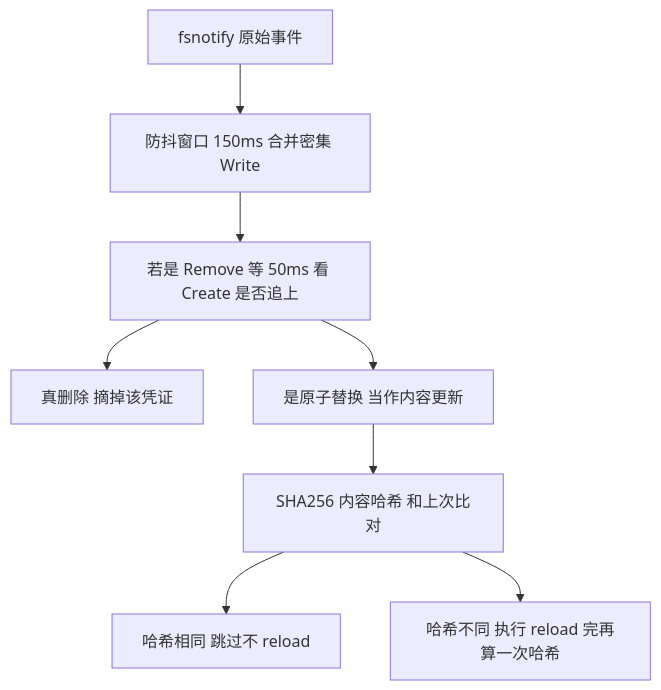
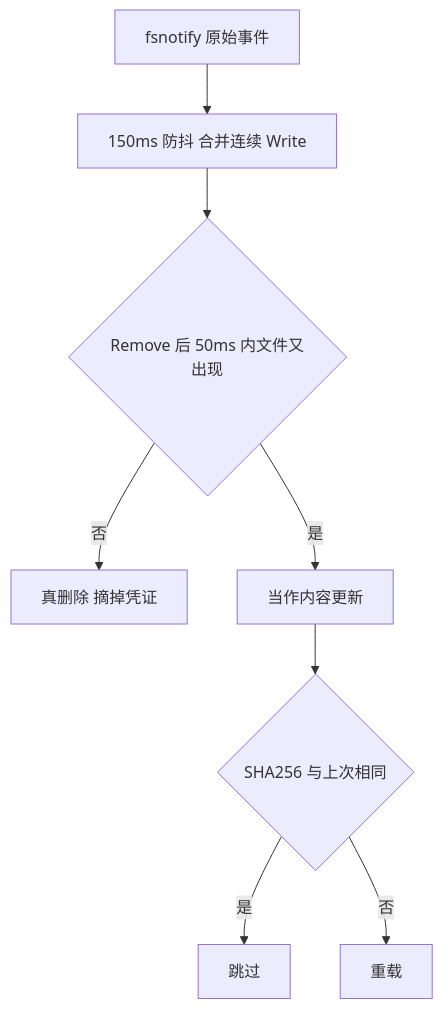
Before and after one commit to diguike/book-source-reading: the fourth of 4 diagrams in book/01-cliproxyapi.md, drawn with Mermaid. The commit also changed other lines of this file and 14 other files, not shown here.

````diff
--- a/book/01-cliproxyapi.md
+++ b/book/01-cliproxyapi.md
@@ -497,10 +459,10 @@
 ```mermaid
 graph TB
-    A[fsnotify 原始事件] --> B[防抖窗口 150ms 合并密集 Write]
-    B --> C[若是 Remove 等 50ms 看 Create 是否追上]
-    C --> D[真删除 摘掉该凭证]
-    C --> E[是原子替换 当作内容更新]
-    E --> F[SHA256 内容哈希 和上次比对]
-    F --> G[哈希相同 跳过不 reload]
-    F --> H[哈希不同 执行 reload 完再算一次哈希]
+    A[fsnotify 原始事件] --> B[150ms 防抖 合并连续 Write]
+    B --> C{Remove 后 50ms 内文件又出现}
+    C -->|否| D[真删除 摘掉凭证]
+    C -->|是| E[当作内容更新]
+    E --> F{SHA256 与上次相同}
+    F -->|是| G[跳过]
+    F -->|否| H[重载]
 ```
````
